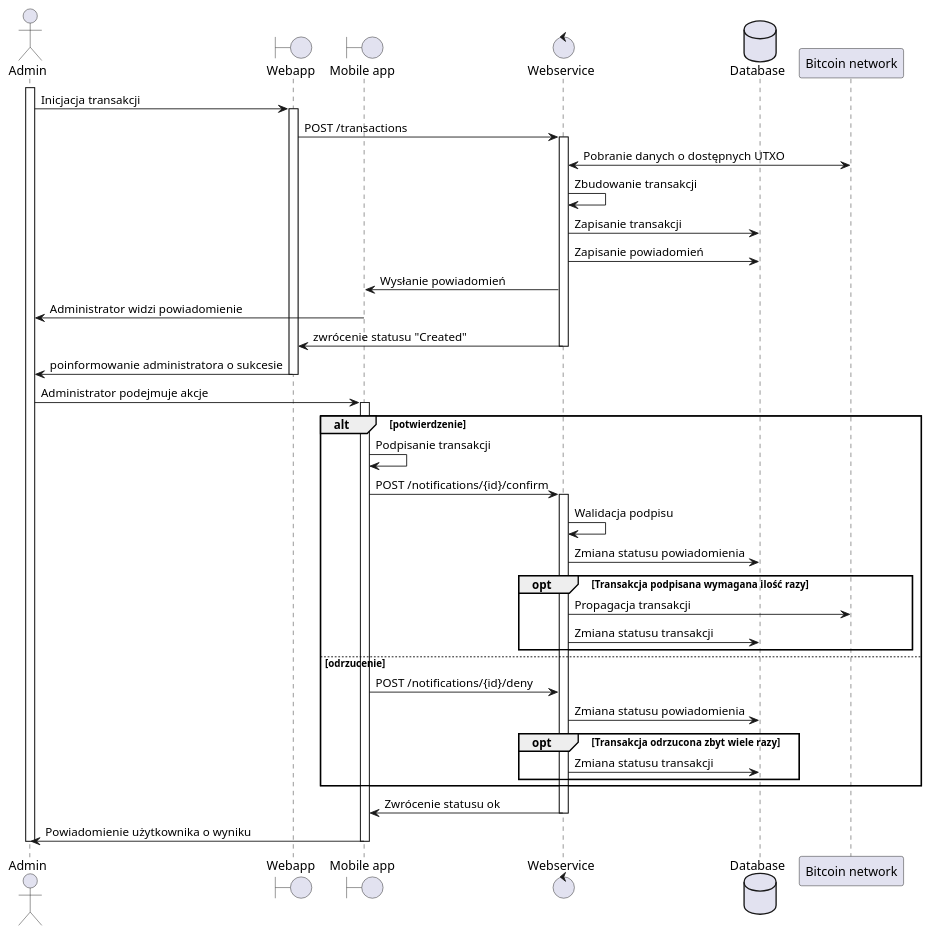
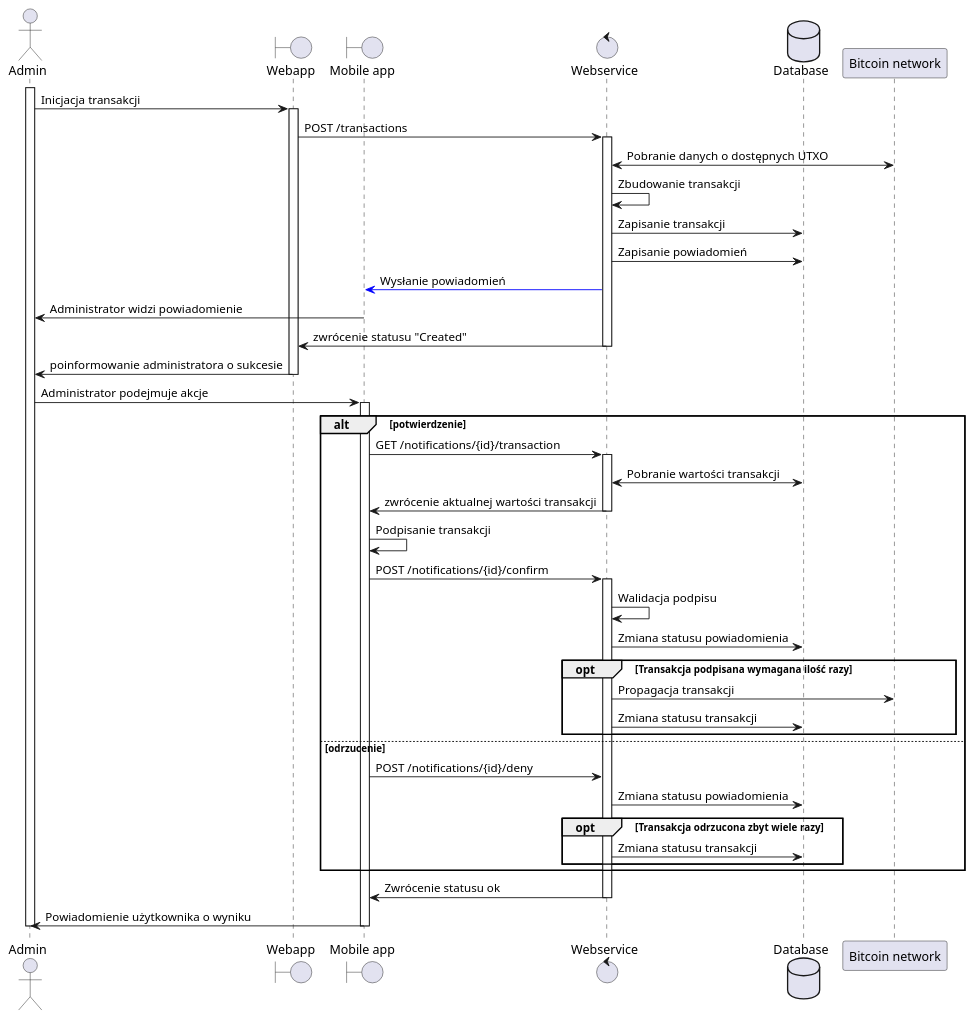
One commit to Artheanos/LN-Payments changed the diagram in docs/src/diagrams/btc_transaction_sequence.puml. Above: the diagram before and after it, drawn with PlantUML. The commit also changed 1 other file, not shown here.

```diff
--- a/docs/src/diagrams/btc_transaction_sequence.puml
+++ b/docs/src/diagrams/btc_transaction_sequence.puml
@@ -1,50 +1,55 @@
 @startuml
 actor Admin
 boundary Webapp
 boundary "Mobile app" as mapp
 control Webservice
 database Database
 participant "Bitcoin network" as btc
 
 activate Admin
 Admin -> Webapp : Inicjacja transakcji
 activate Webapp
 Webapp -> Webservice : POST /transactions
 activate Webservice
 Webservice <-> btc : Pobranie danych o dostępnych UTXO
 Webservice -> Webservice : Zbudowanie transakcji
 Webservice -> Database : Zapisanie transakcji
 Webservice -> Database : Zapisanie powiadomień
-Webservice -> mapp : Wysłanie powiadomień
+Webservice [#blue]-> mapp : Wysłanie powiadomień
 mapp -> Admin : Administrator widzi powiadomienie
 Webservice -> Webapp : zwrócenie statusu "Created"
 deactivate Webservice
 Webapp -> Admin : poinformowanie administratora o sukcesie
 deactivate Webapp
 Admin -> mapp : Administrator podejmuje akcje
 activate mapp
 alt potwierdzenie
+    mapp -> Webservice : GET /notifications/{id}/transaction
+    activate Webservice
+    Webservice <-> Database : Pobranie wartości transakcji
+    Webservice -> mapp : zwrócenie aktualnej wartości transakcji
+    deactivate Webservice
     mapp -> mapp : Podpisanie transakcji
     mapp -> Webservice : POST /notifications/{id}/confirm
     activate Webservice
     Webservice -> Webservice : Walidacja podpisu
     Webservice -> Database : Zmiana statusu powiadomienia
     opt Transakcja podpisana wymagana ilość razy
         Webservice -> btc : Propagacja transakcji
         Webservice -> Database : Zmiana statusu transakcji
     end
 else odrzucenie
     mapp -> Webservice : POST /notifications/{id}/deny
     Webservice -> Database : Zmiana statusu powiadomienia
     opt Transakcja odrzucona zbyt wiele razy
         Webservice -> Database : Zmiana statusu transakcji
     end
 end
 Webservice -> mapp : Zwrócenie statusu ok
 deactivate Webservice
 mapp -> Admin : Powiadomienie użytkownika o wyniku
 deactivate mapp
 
 deactivate Admin
 
 @enduml
```
